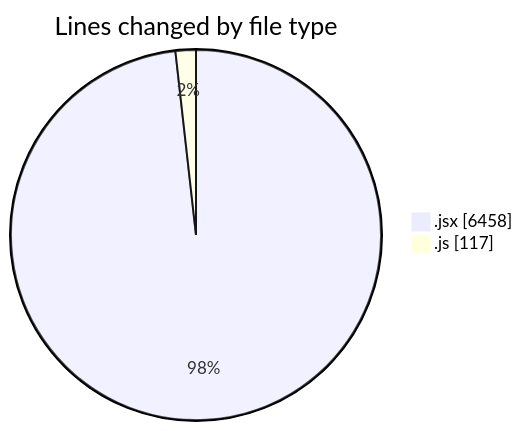
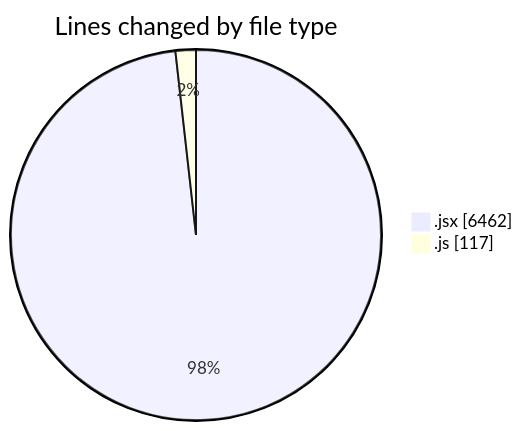
One commit to nxtqubesakshisongat/code-tracking changed the first of 2 diagrams in 2026-01-12/nxtqube_webapp/README.md. Above: the diagram before and after it, drawn with Mermaid. The commit also changed other lines of this file and 1 other file, not shown here.

````diff
--- a/2026-01-12/nxtqube_webapp/README.md
+++ b/2026-01-12/nxtqube_webapp/README.md
@@ -29,6 +29,6 @@
 ```mermaid
 pie showData
 title Lines changed by file type
-".jsx" : 6458
+".jsx" : 6462
 ".js" : 117
 ```
````
